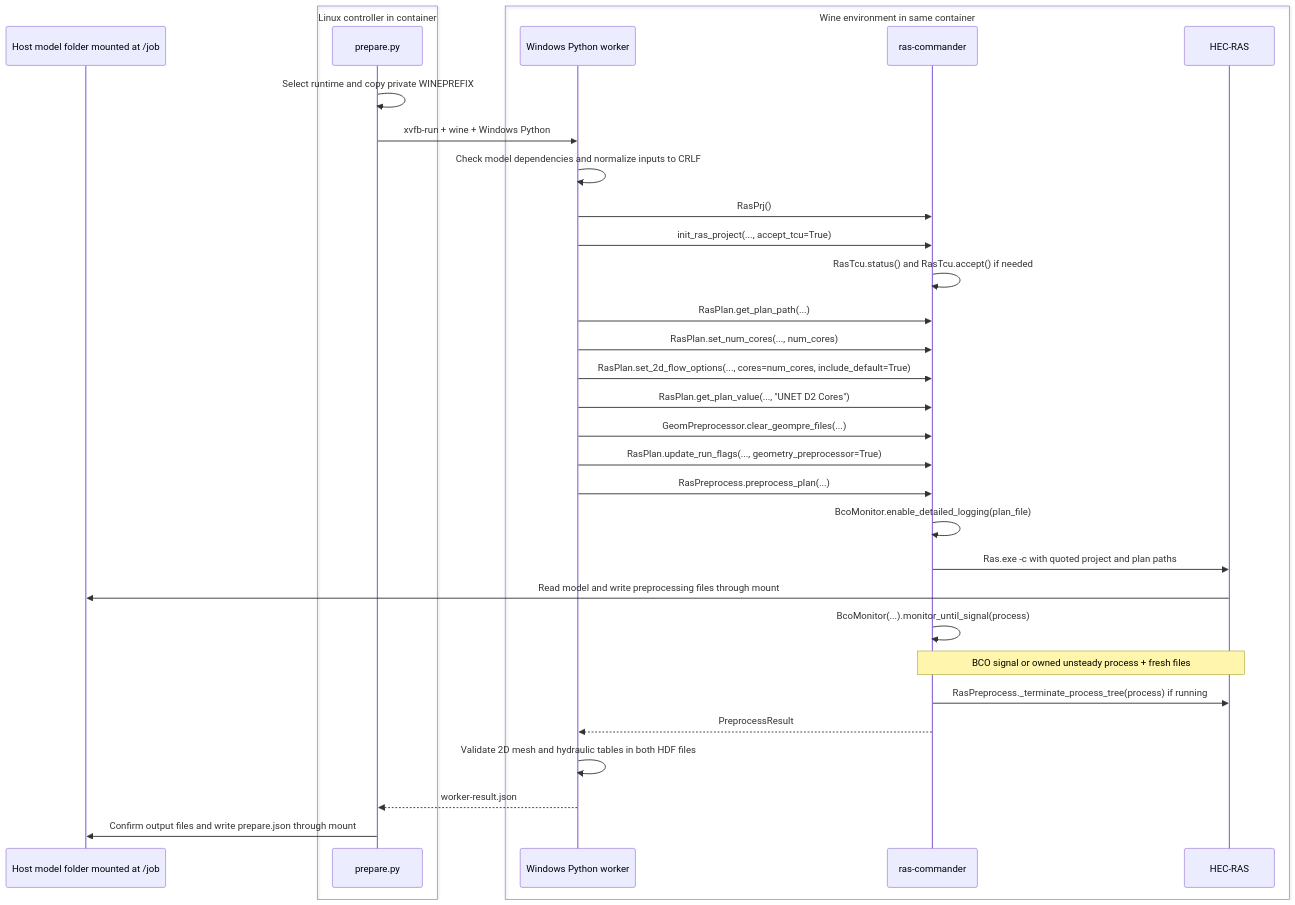
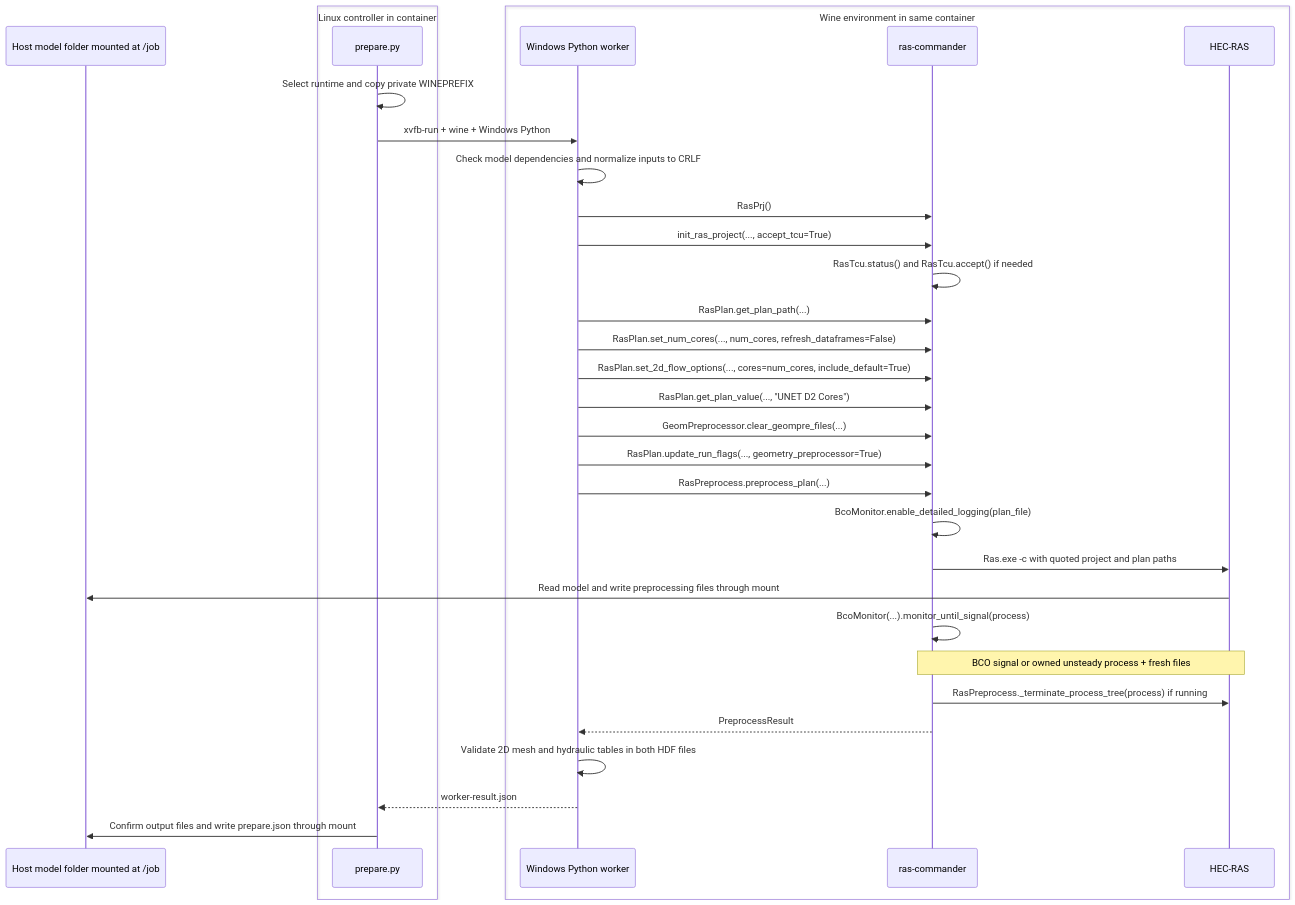
Before and after one commit to andycarter-pe/ras2fim-2d: the second of 2 diagrams in containers/hecras-prepare/OPERATION.md, drawn with Mermaid. The commit also changed other lines of this file and 11 other files, not shown here.

````diff
--- a/containers/hecras-prepare/OPERATION.md
+++ b/containers/hecras-prepare/OPERATION.md
@@ -139,35 +132,35 @@
 ```mermaid
 sequenceDiagram
     participant Host as Host model folder mounted at /job
     box Linux controller in container
         participant L as prepare.py
     end
     box Wine environment in same container
         participant W as Windows Python worker
         participant C as ras-commander
         participant H as HEC-RAS
     end
     L->>L: Select runtime and copy private WINEPREFIX
     L->>W: xvfb-run + wine + Windows Python
     W->>W: Check model dependencies and normalize inputs to CRLF
     W->>C: RasPrj()
     W->>C: init_ras_project(..., accept_tcu=True)
     C->>C: RasTcu.status() and RasTcu.accept() if needed
     W->>C: RasPlan.get_plan_path(...)
-    W->>C: RasPlan.set_num_cores(..., num_cores)
+    W->>C: RasPlan.set_num_cores(..., num_cores, refresh_dataframes=False)
     W->>C: RasPlan.set_2d_flow_options(..., cores=num_cores, include_default=True)
     W->>C: RasPlan.get_plan_value(..., "UNET D2 Cores")
     W->>C: GeomPreprocessor.clear_geompre_files(...)
     W->>C: RasPlan.update_run_flags(..., geometry_preprocessor=True)
     W->>C: RasPreprocess.preprocess_plan(...)
     C->>C: BcoMonitor.enable_detailed_logging(plan_file)
     C->>H: Ras.exe -c with quoted project and plan paths
     H->>Host: Read model and write preprocessing files through mount
     C->>C: BcoMonitor(...).monitor_until_signal(process)
     Note over C,H: BCO signal or owned unsteady process + fresh files
     C->>H: RasPreprocess._terminate_process_tree(process) if running
     C-->>W: PreprocessResult
     W->>W: Validate 2D mesh and hydraulic tables in both HDF files
     W-->>L: worker-result.json
     L->>Host: Confirm output files and write prepare.json through mount
 ```
````
